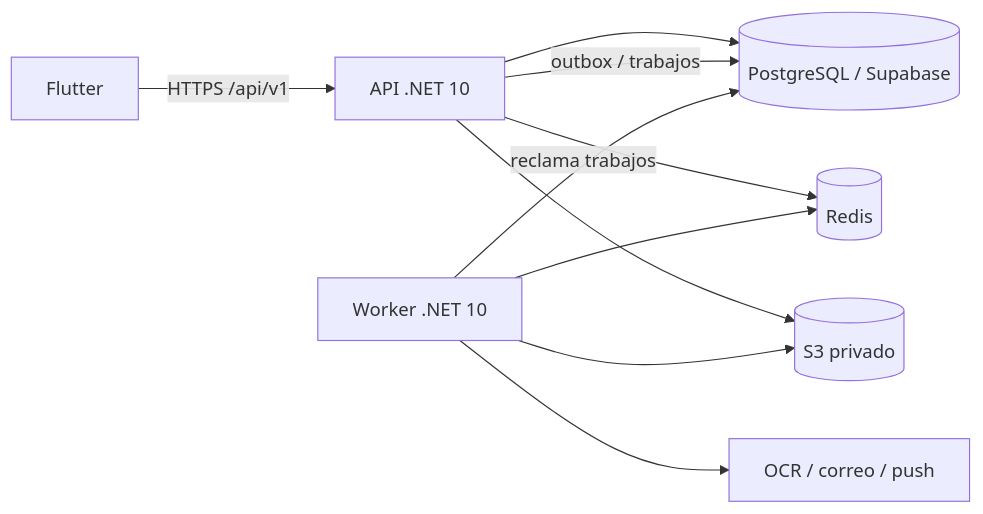
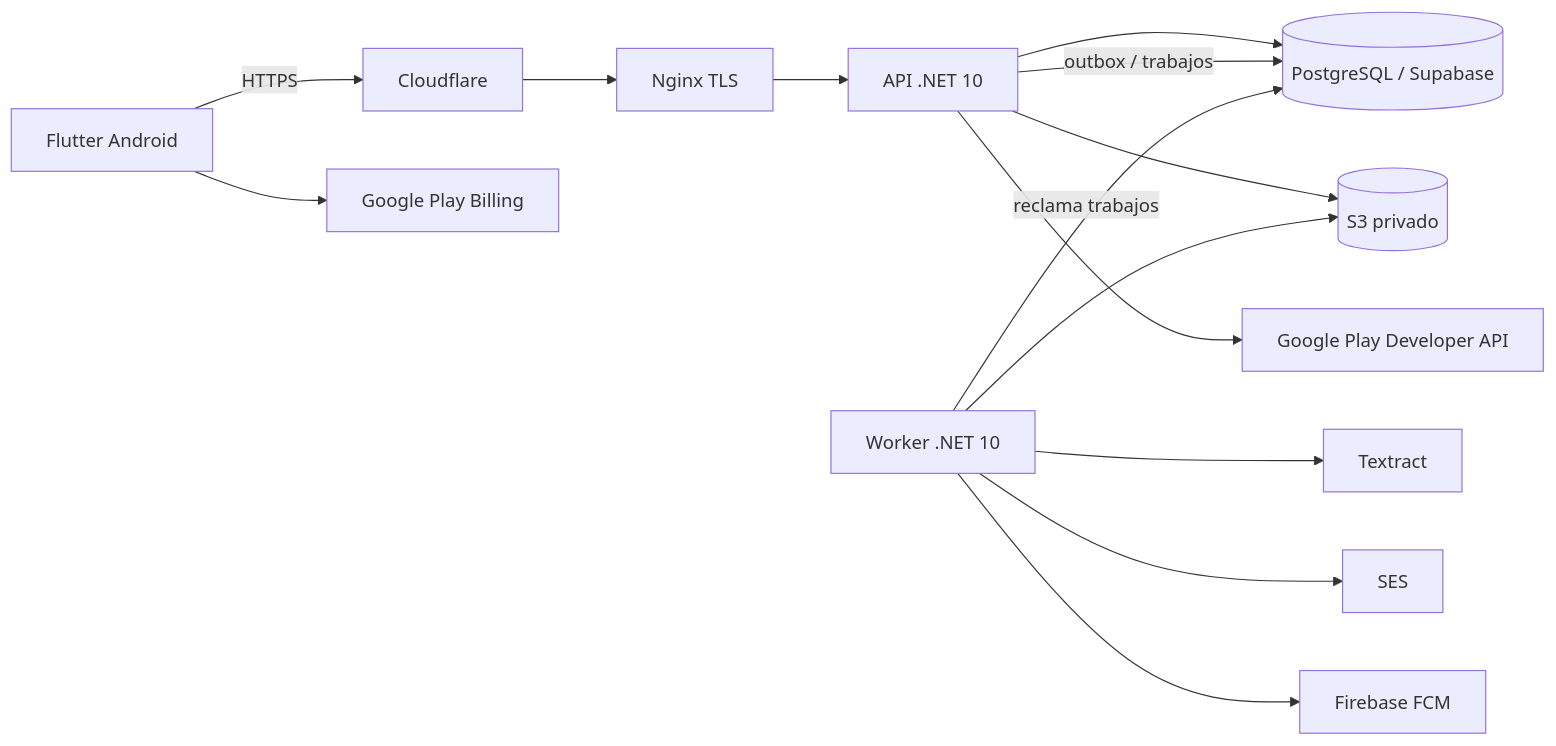
One commit to raquino-dev/tesis-unida-back changed the diagram in docs/backend/ARQUITECTURA_TECNICA.md. Above: the diagram before and after it, drawn with Mermaid. The commit also changed other lines of this file and 34 other files, not shown here.

````diff
--- a/docs/backend/ARQUITECTURA_TECNICA.md
+++ b/docs/backend/ARQUITECTURA_TECNICA.md
@@ -23,12 +23,16 @@
 ```mermaid
 flowchart LR
-    App["Flutter"] -->|HTTPS /api/v1| API["API .NET 10"]
+    App["Flutter Android"] -->|HTTPS| CF["Cloudflare"]
+    CF --> Nginx["Nginx TLS"]
+    Nginx --> API["API .NET 10"]
     API --> PG[("PostgreSQL / Supabase")]
-    API --> Redis[("Redis")]
     API --> S3[("S3 privado")]
     API -->|outbox / trabajos| PG
     Worker["Worker .NET 10"] -->|reclama trabajos| PG
-    Worker --> Redis
     Worker --> S3
-    Worker --> Ext["OCR / correo / push"]
+    Worker --> Textract["Textract"]
+    Worker --> SES["SES"]
+    Worker --> FCM["Firebase FCM"]
+    App --> Play["Google Play Billing"]
+    API --> PlayApi["Google Play Developer API"]
 ```
````
